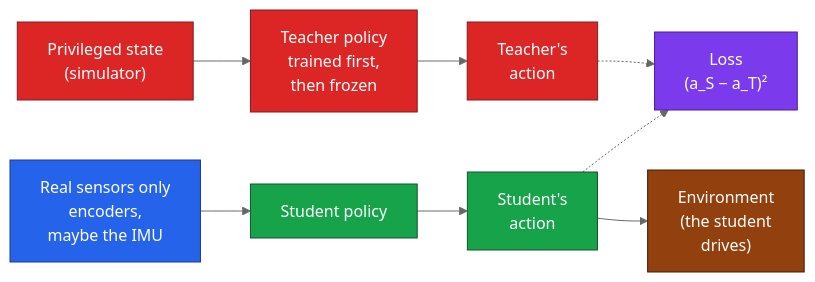
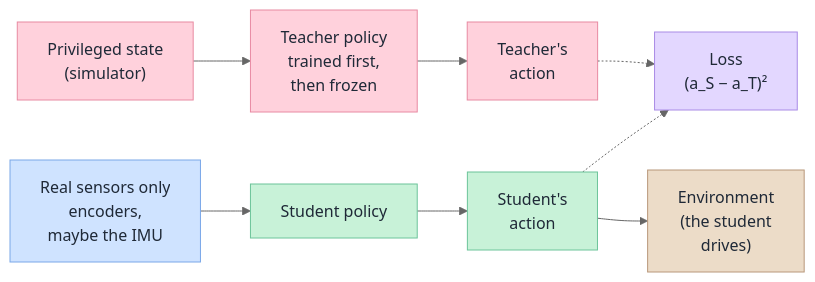
The seventh of 8 diagrams in docs/rl_notes.md (BrikHMP18/walking-leap), drawn with Mermaid (neutral theme) before and after one commit. The commit also changed other lines of this file and 3 other files, not shown here.

````diff
--- a/docs/rl_notes.md
+++ b/docs/rl_notes.md
@@ -453,18 +566,18 @@
 ```mermaid
 %%{init: {"flowchart": {"wrappingWidth": 400}}}%%
 flowchart LR
   priv["Privileged state<br/>(simulator)"] --> T["Teacher policy<br/>trained first,<br/>then frozen"] --> aT["Teacher's<br/>action"]
   sens["Real sensors only<br/>encoders,<br/>maybe the IMU"] --> S["Student policy"] --> aS["Student's<br/>action"] --> env["Environment<br/>(the student<br/>drives)"]
   aT -.-> L["Loss<br/>(a_S − a_T)²"]
   aS -.-> L
-  classDef kSim fill:#dc2626,stroke:#7f1d1d,color:#ffffff
-  classDef kEnc fill:#2563eb,stroke:#1e3a8a,color:#ffffff
-  classDef kActor fill:#16a34a,stroke:#14532d,color:#ffffff
-  classDef kEnv fill:#92400e,stroke:#451a03,color:#ffffff
-  classDef kCritic fill:#7c3aed,stroke:#4c1d95,color:#ffffff
+  classDef kSim fill:#ffd1dc,stroke:#e88aa2,color:#1f2937
+  classDef kEnc fill:#cfe3ff,stroke:#7aa7e8,color:#1f2937
+  classDef kActor fill:#c8f2d8,stroke:#6cc49a,color:#1f2937
+  classDef kEnv fill:#ecdcc8,stroke:#b8977a,color:#1f2937
+  classDef kCritic fill:#e3d7ff,stroke:#a98be6,color:#1f2937
   class priv,T,aT kSim
   class sens kEnc
   class S,aS kActor
   class env kEnv
   class L kCritic
 ```
````
